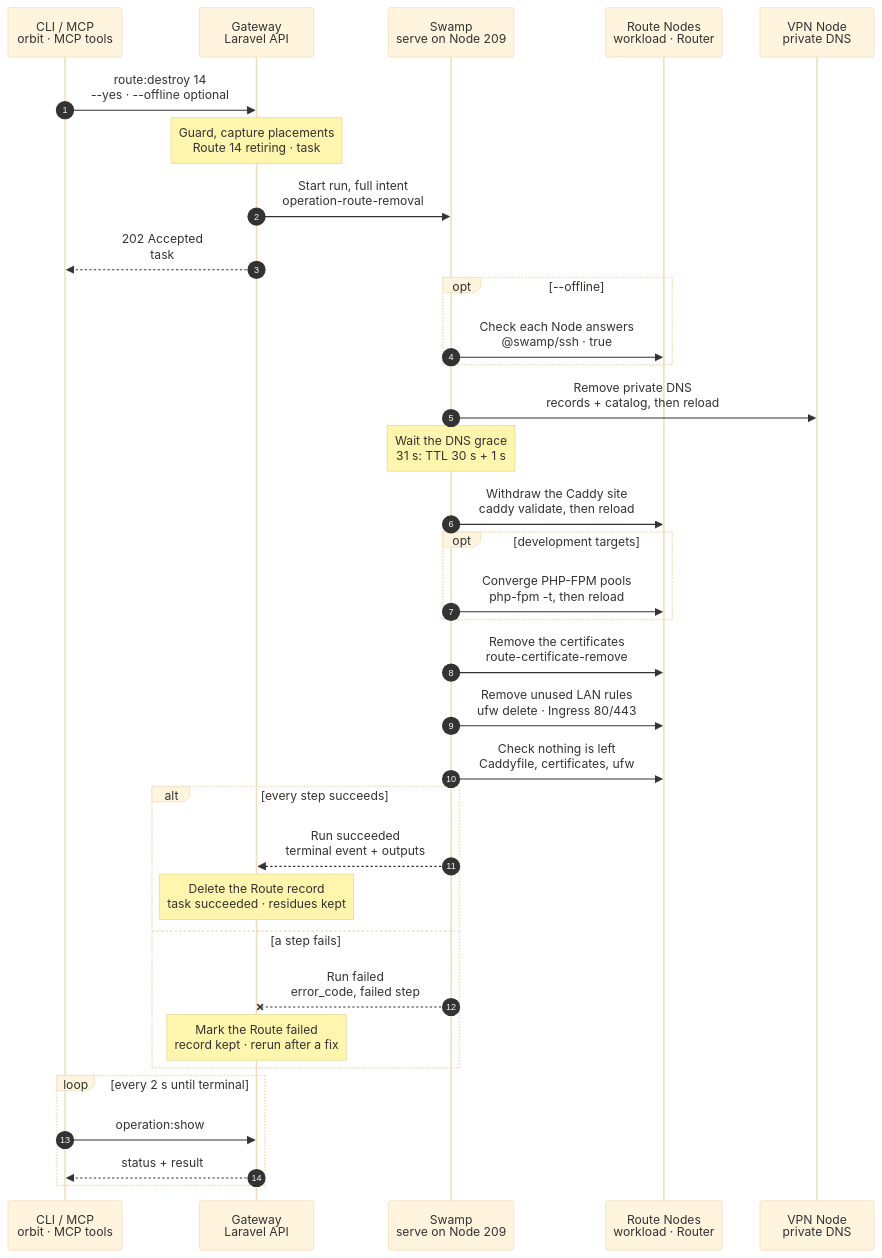
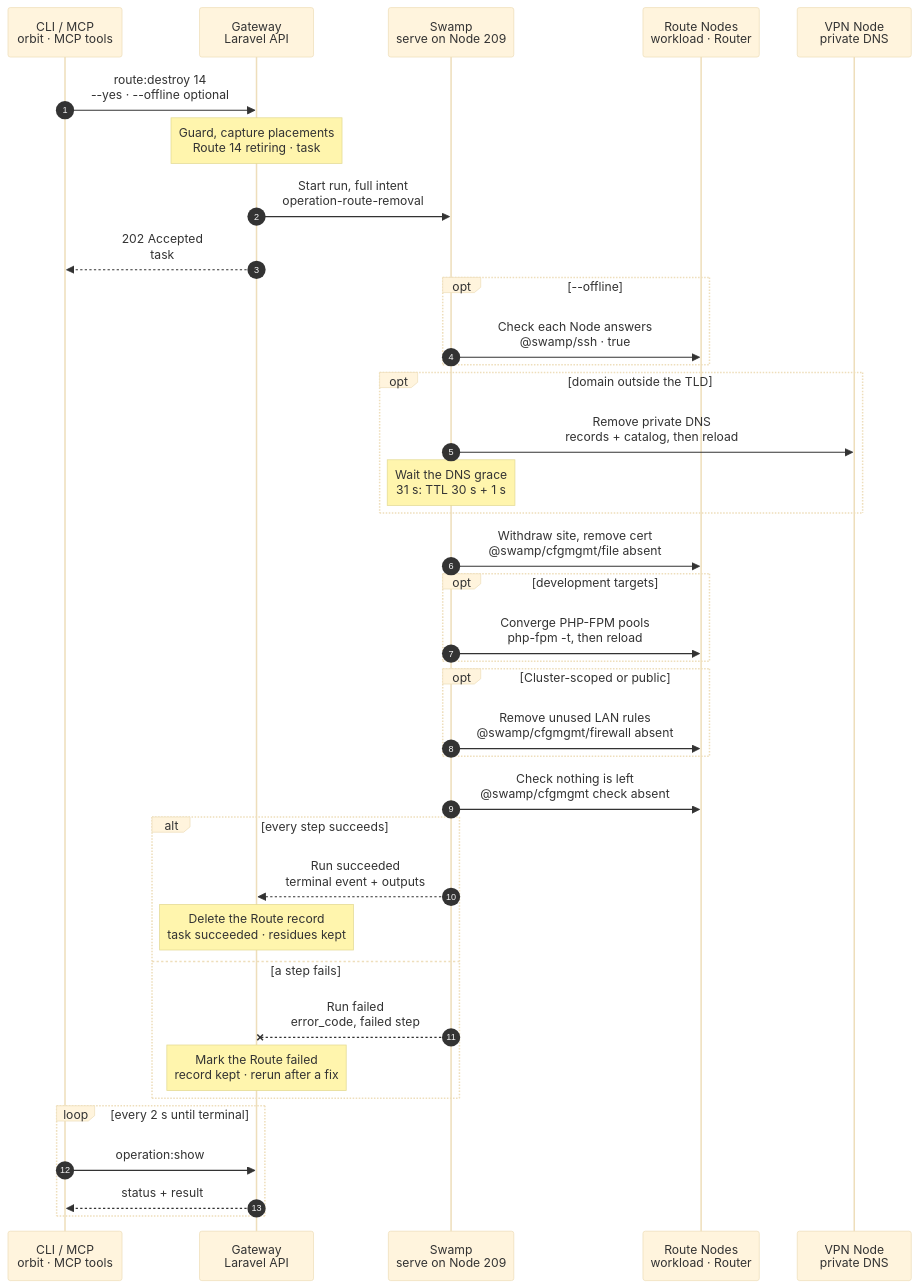
One commit to hardimpactdev/orbit changed the diagram in docs/cli/route/destroy.mmd. Above: the diagram before and after it, drawn with Mermaid (base theme).

Commit message:
docs(cli): tighten route.destroy chart

```diff
--- a/docs/cli/route/destroy.mmd
+++ b/docs/cli/route/destroy.mmd
@@ -1,141 +1,147 @@
 sequenceDiagram
   %% Target design: ADR 0244 task, DECISIONS R1-R4 + round 2 (route.destroy cleanup runs in the workflow; the Gateway deletes the record on the terminal result), single-swamp-node. docs/cli/route.mdx, docs/reference/routes.md (Remove a Route).
+  %% Tightened: flow-tighten 2026-11-02, rules 3, 17, 22 (DNS and its grace only outside the TLD; site and certificate withdrawn in one step, the mirror of route:create; LAN rules in the mirrored opt; cfgmgmt file/firewall).
   %% status: draft
   %% command: route:destroy
   %% kind: route.destroy
   autonumber
   %% lane CLI icon=terminal pill=caller tone=gray
   %% lane GW icon=gateway pill=intent tone=blue
   %% lane SW icon=workflow pill=executes tone=green
   %% lane N icon=server pill=target tone=amber
   %% lane V icon=server pill=target tone=purple
   participant CLI as CLI / MCP<br/>orbit · MCP tools
   participant GW as Gateway<br/>Laravel API
   participant SW as Swamp<br/>serve on Node 209
   participant N as Route Nodes<br/>workload · Router
   participant V as VPN Node<br/>private DNS
   CLI->>GW: route:destroy 14<br/>--yes · --offline optional
   %%> Command:
   %%> - `orbit route:destroy 14 --yes`
   %%> - syntax: `<route> [--yes] [--offline]`
   %%> Input:
   %%> - Route 14
   %%> - `--offline`: skip a Node that does not answer, and list what it still needs
   %%> Replacement:
   %%> - on a `pending` or `failed` replacement that never moved DNS, it abandons the domain change
   %%> - the same steps remove the replacement's site and certificates; the old URL is written back; the replaced Route stays
   %%> Confirmation:
   %%> - without `--yes`, the CLI asks first; the default is No
   %%> - without a terminal, or with `--json`, `--yes` is required
   Note over GW: Guard, capture placements<br/>Route 14 retiring · task #5130
   %%> Requirements:
   %%> - your Node has an access grant to Node 7, the Route's Node
   %%> - no active Instance depends on Route 14 (`route.target_conflict`); remove the Instance with `instance:destroy` instead
   %%> - the public edge of Route 14 is not live, and it is not in an active replacement pair
   %%> - Route 14 is not an analytics tracking Route (`route.tracking_managed`)
   %%> - no open Instance transfer owns it (`instance.transfer_incomplete`)
   %%> Locks:
   %%> - the projection lock and the environment owner of every target Instance
   %%> Captures:
   %%> - every Node the Route touches: workload, Router, Ingress, VPN Node
   %%> - the Caddy blocks, certificate scopes, PHP-FPM pools and LAN tuples to remove
   %%> - the DNS records without Route 14
   %%> Result:
   %%> - Route 14 marked `retiring`; its record stays until the result
   %%> - task #5130 recorded with the full intent
   GW->>SW: Start run, full intent<br/>operation-route-removal
   %%> What it does:
   %%> - starts one Swamp run on serve (Node 209)
   %%> Inputs:
   %%> - the captured removal plan, per Node
   %%> - each Node's address and SSH host keys; the SSH identity comes from the `swamp` role
   %%> - whether `--offline` was given
   GW-->>CLI: 202 Accepted<br/>task #5130
   %%> What you get:
   %%> - the task number, at once
   %%> Next:
   %%> - the CLI follows the task with `operation:show`
   opt --offline
     SW->>N: Check each Node answers<br/>@swamp/ssh · true
     %%> What it does:
     %%> - tries each Node once over `@swamp/ssh` from 209
     %%> - a Node that does not answer is skipped by every later step
     %%> - a Node that answers keeps every step; a failure on it still stops the removal
   end
+  opt domain outside the TLD
   SW->>V: Remove private DNS<br/>records + catalog, then reload
+  %%> When:
+  %%> - only for a domain outside the Cluster or Node TLD; private DNS answers the whole TLD, so `shop.test` inside it has no record
   %%> What it does:
   %%> - removes `shop.test` from the private DNS records
   %%> - checks the loaded catalog and a DNS reply
   %%> Order:
   %%> - DNS goes first, so the name stops resolving before its site leaves
   Note over SW: Wait the DNS grace<br/>31 s: TTL 30 s + 1 s
   %%> Why:
   %%> - resolvers that honor the TTL stop asking for the name before its site leaves
-  SW->>N: Withdraw the Caddy site<br/>caddy validate, then reload
+  end
+  SW->>N: Withdraw site, remove cert<br/>@swamp/cfgmgmt/file absent
   %%> How:
   %%> - Swamp reaches every captured Node over `@swamp/ssh` from 209
   %%> What it does:
   %%> - removes Route 14's site blocks on the workload, the Router and the Ingress
   %%> - validates the Caddyfile, then reloads Caddy; never a restart (rule 7)
+  %%> - then removes the certificate scopes owned by Route 14 on each Node, with `ensure: absent`
+  %%> Why one step:
+  %%> - the mirror of "Install cert, publish site" in `route:create`
   %%> Kept:
   %%> - Caddy itself and the Node's shared runtime
+  %%> - each target's own Instance certificate, until `instance:destroy`
   opt development targets
     SW->>N: Converge PHP-FPM pools<br/>php-fpm -t, then reload
     %%> What it does:
     %%> - right after the site leaves, converges every PHP-FPM pool on the Node of each development target
     %%> - a pool whose working directory is gone is skipped and does not stop the removal
     %%> Not included:
     %%> - a production target keeps its dedicated PHP-FPM service until `instance:destroy`
   end
-  SW->>N: Remove the certificates<br/>route-certificate-remove
-  %%> What it does:
-  %%> - removes the certificate scopes owned by Route 14 on each Node
-  %%> Refuses:
-  %%> - a scope that a remaining Caddy site still names
-  %%> Kept:
-  %%> - each target's own Instance certificate, until `instance:destroy`
-  SW->>N: Remove unused LAN rules<br/>ufw delete · Ingress 80/443
+  opt Cluster-scoped or public
+  SW->>N: Remove unused LAN rules<br/>@swamp/cfgmgmt/firewall absent
+  %%> When:
+  %%> - mirrors the `route:create` opts that add the Router LAN rule and open the Ingress edge
   %%> What it does:
   %%> - removes the Router LAN tuples on the workload Node that no published Route still needs
   %%> - an identical tuple that another Route uses stays
   %%> - on the Ingress, closes `orbit:ingress-http` and `orbit:ingress-https` when Route 14 was the last public Route
-  SW->>N: Check nothing is left<br/>Caddyfile, certificates, ufw
+  end
+  SW->>N: Check nothing is left<br/>@swamp/cfgmgmt check absent
   %%> What it does:
-  %%> - reads back each Node: no site block names `shop.test`, no Route 14 certificate scope, no removed tuple
+  %%> - the `check` of the file and firewall behaviors on each Node: no site block names `shop.test`, no Route 14 certificate scope, no removed tuple
   %%> Why:
   %%> - the Route only counts as removed when the Nodes show it
   alt every step succeeds
     SW-->>GW: Run succeeded<br/>terminal event + outputs
     %%> How the Gateway learns it:
     %%> - its shared run reader sees the terminal event; Swamp never calls the Gateway
     %%> Outputs:
     %%> - with `--offline`: each skipped Node and the steps it still needs
     Note over GW: Delete the Route record<br/>task succeeded · residues kept
     %%> Result:
     %%> - Route 14 is deleted and `shop.test` is released
     %%> - the Instances stay, without this Route
     %%> - a skipped Node gets a residue record; `node:converge` finishes it once the Node answers
     %%> - task #5130 succeeds and lists `retained_on_nodes`
   else a step fails
     SW--xGW: Run failed<br/>error_code, failed step
     %%> The Gateway reads:
     %%> - which step failed and its error code
     %%> - a Node that did not answer gives `route.node_unreachable`, naming the Node and `--offline`
     Note over GW: Mark the Route failed<br/>record kept · rerun after a fix
     %%> Result:
     %%> - Route 14 stays, marked `failed` with `failed_step` and `error_code`
     %%> - task #5130 fails
     %%> On the Node:
     %%> - what earlier steps removed stays removed; there is no rollback
     %%> - that is safe: every step skips what is already gone
     %%> Retry:
     %%> - run the same command again after fixing the cause, or add `--offline` for an unreachable Node
   end
   loop every 2 s until terminal
     CLI->>GW: operation:show #5130
     %%> What it does:
     %%> - asks for the task's status every 2 seconds until it has ended
     GW-->>CLI: status + result
     %%> Returns:
     %%> - the current status, and the result once the task has ended
   end
```
